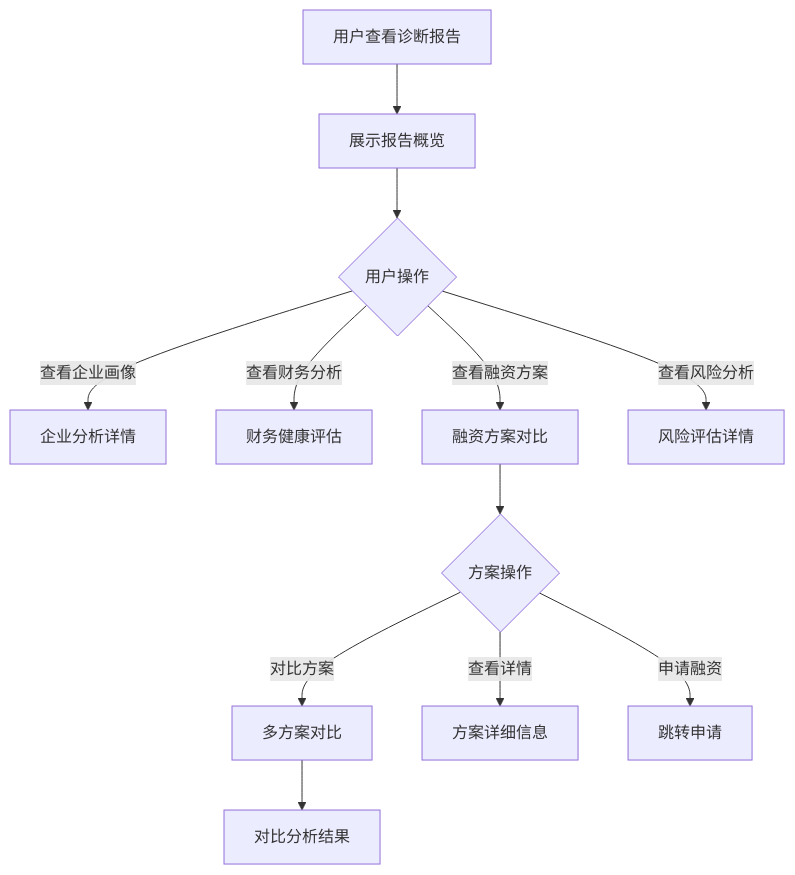
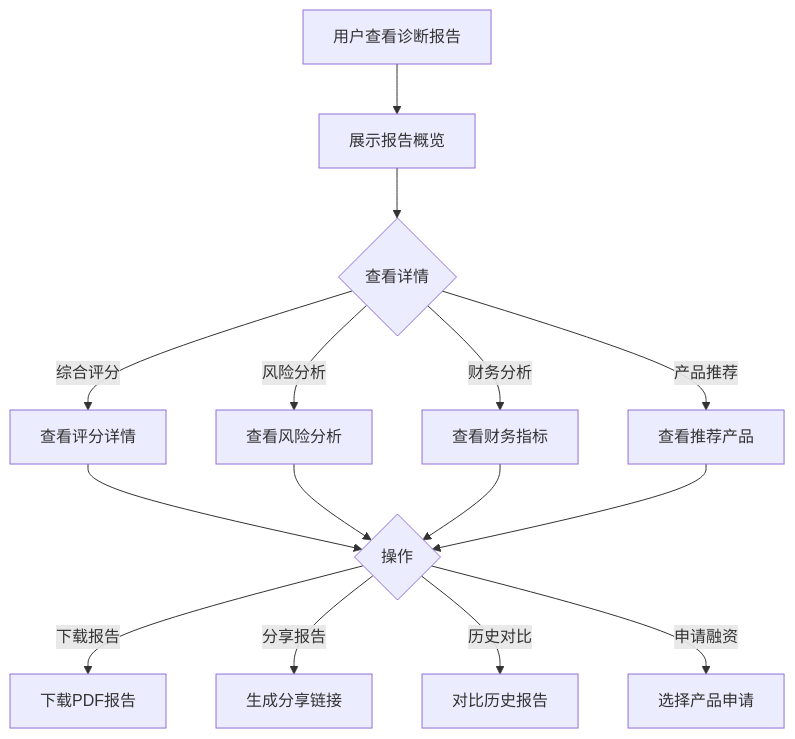
One commit to 573746624-hash/JZT------20260310 changed the diagram in docs/金融服务/诊断分析报告.md. Above: the diagram before and after it, drawn with Mermaid. The commit also changed other lines of this file and 25 other files, not shown here.

````diff
--- a/docs/金融服务/诊断分析报告.md
+++ b/docs/金融服务/诊断分析报告.md
@@ -9,14 +8,17 @@
 ```mermaid
 flowchart TD
     A[用户查看诊断报告] --> B[展示报告概览]
-    B --> C{用户操作}
-    C -->|查看企业画像| D[企业分析详情]
-    C -->|查看财务分析| E[财务健康评估]
-    C -->|查看融资方案| F[融资方案对比]
-    C -->|查看风险分析| G[风险评估详情]
-    F --> H{方案操作}
-    H -->|对比方案| I[多方案对比]
-    H -->|查看详情| J[方案详细信息]
-    H -->|申请融资| K[跳转申请]
-    I --> L[对比分析结果]
+    B --> C{查看详情}
+    C -->|综合评分| D[查看评分详情]
+    C -->|风险分析| E[查看风险分析]
+    C -->|财务分析| F[查看财务指标]
+    C -->|产品推荐| G[查看推荐产品]
+    D --> H{操作}
+    E --> H
+    F --> H
+    G --> H
+    H -->|下载报告| I[下载PDF报告]
+    H -->|分享报告| J[生成分享链接]
+    H -->|历史对比| K[对比历史报告]
+    H -->|申请融资| L[选择产品申请]
 ```
````
